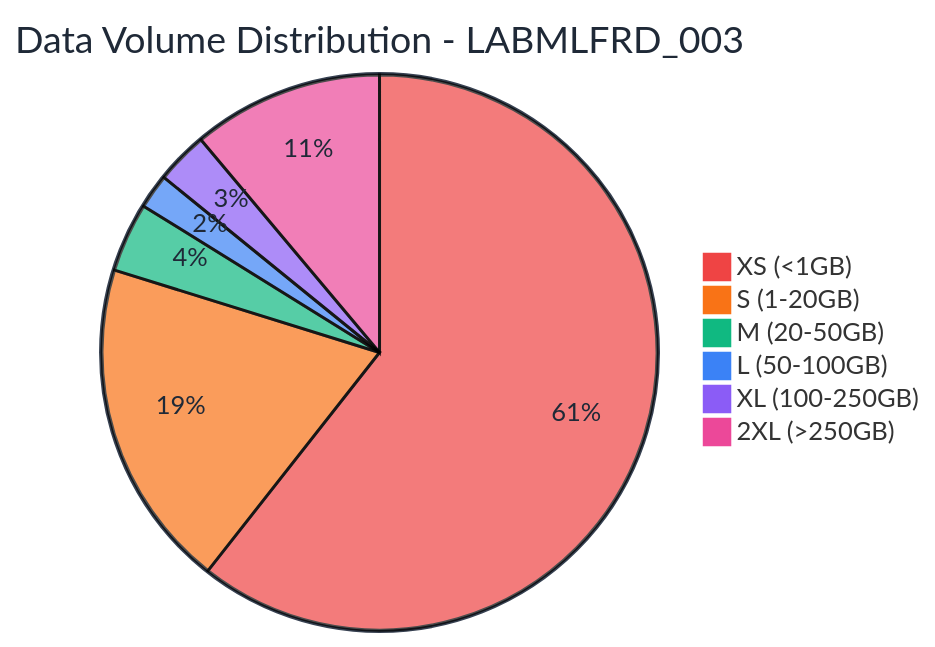
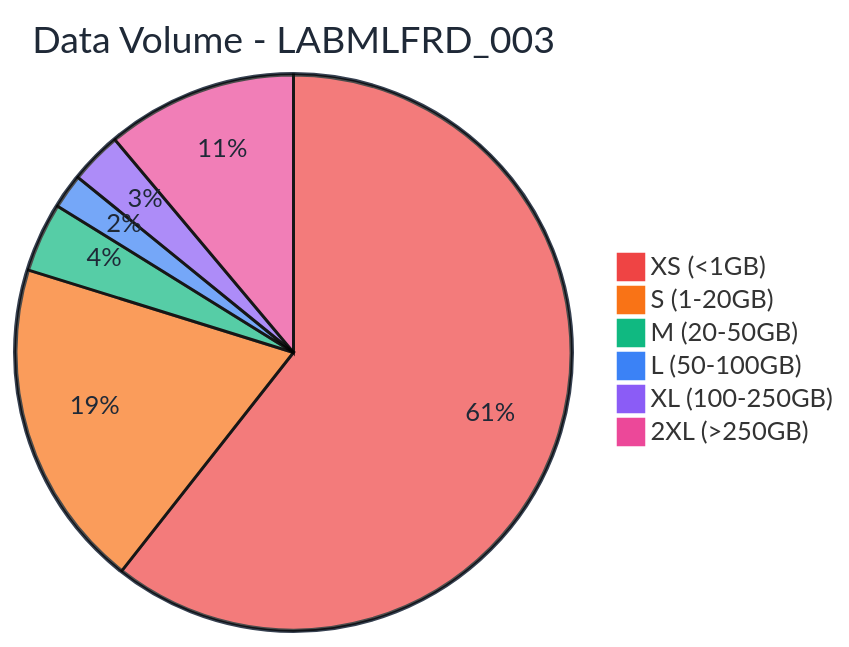
Before and after one commit to sfc-gh-mhindi/REPO_CBA: the sixth of 9 diagrams in WH Analysis/FRAUMD_Warehouse_Analysis_Guide.md, drawn with Mermaid. The commit also changed other lines of this file, not shown here.

First line of the commit message:
Shortened pie chart titles to prevent trimming

````diff
--- a/WH Analysis/FRAUMD_Warehouse_Analysis_Guide.md
+++ b/WH Analysis/FRAUMD_Warehouse_Analysis_Guide.md
@@ -254,10 +254,10 @@
 ```mermaid
 %%{init: {'theme':'base', 'themeVariables': { 'pie1': '#ef4444', 'pie2': '#f97316', 'pie3': '#10b981', 'pie4': '#3b82f6', 'pie5': '#8b5cf6', 'pie6': '#ec4899', 'pieTitleTextColor': '#1f2937', 'pieSectionTextColor': '#1f2937', 'pieOuterStrokeColor': '#374151', 'background': '#ffffff'}}}%%
-pie title Data Volume Distribution - LABMLFRD_003
+pie title Data Volume - LABMLFRD_003
     "XS (<1GB)" : 60
     "S (1-20GB)" : 19
     "M (20-50GB)" : 4
     "L (50-100GB)" : 2
     "XL (100-250GB)" : 3
     "2XL (>250GB)" : 11
 ```
````
